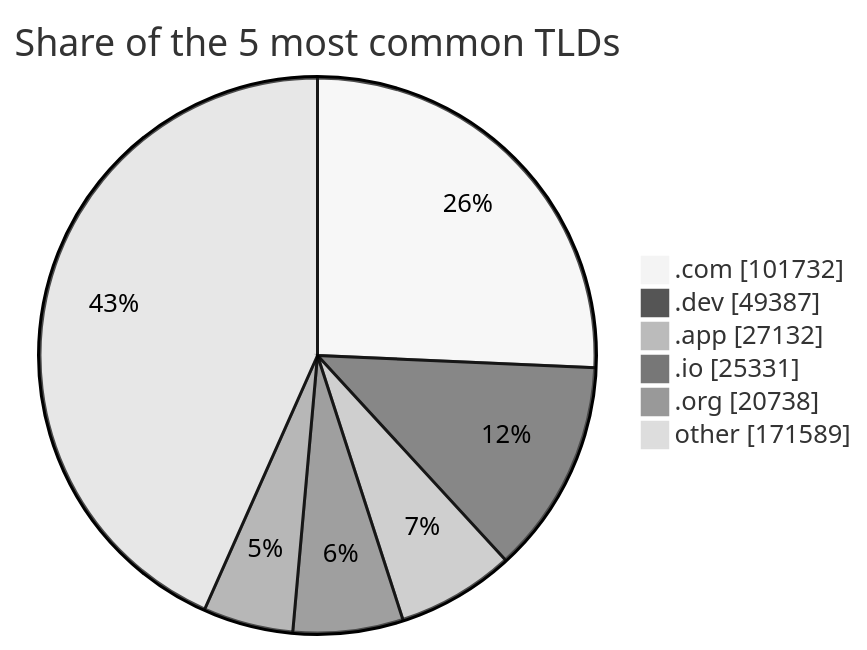
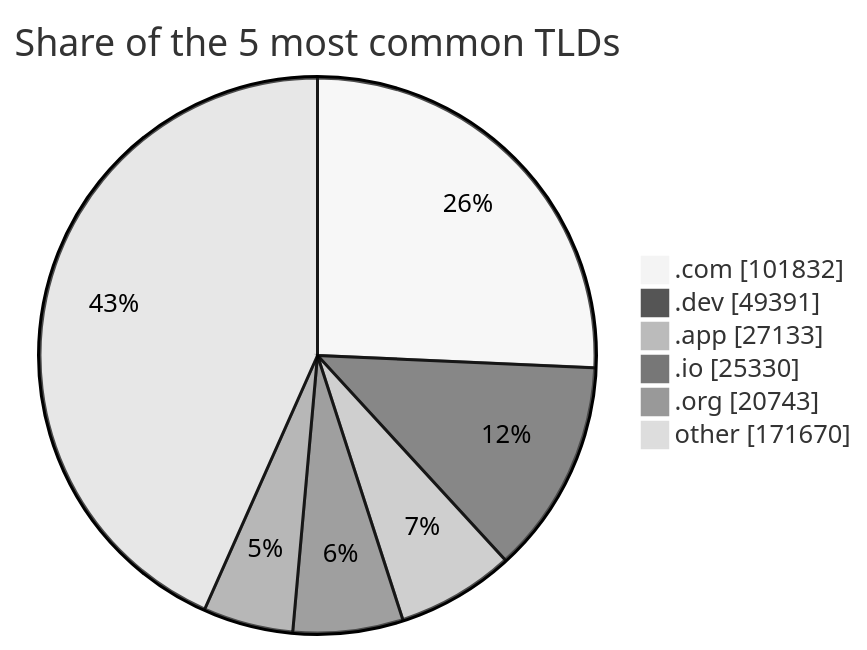
One commit to DNSBunker/CTI changed the third of 3 diagrams in README.md. Above: the diagram before and after it, drawn with Mermaid (neutral theme). The commit also changed other lines of this file and 3 other files, not shown here.

````diff
--- a/README.md
+++ b/README.md
@@ -81,9 +81,9 @@
 ```mermaid
 pie showData title Share of the 5 most common TLDs
-    ".com" : 101732
-    ".dev" : 49387
-    ".app" : 27132
-    ".io" : 25331
-    ".org" : 20738
-    "other" : 171589
+    ".com" : 101832
+    ".dev" : 49391
+    ".app" : 27133
+    ".io" : 25330
+    ".org" : 20743
+    "other" : 171670
 ```
````
